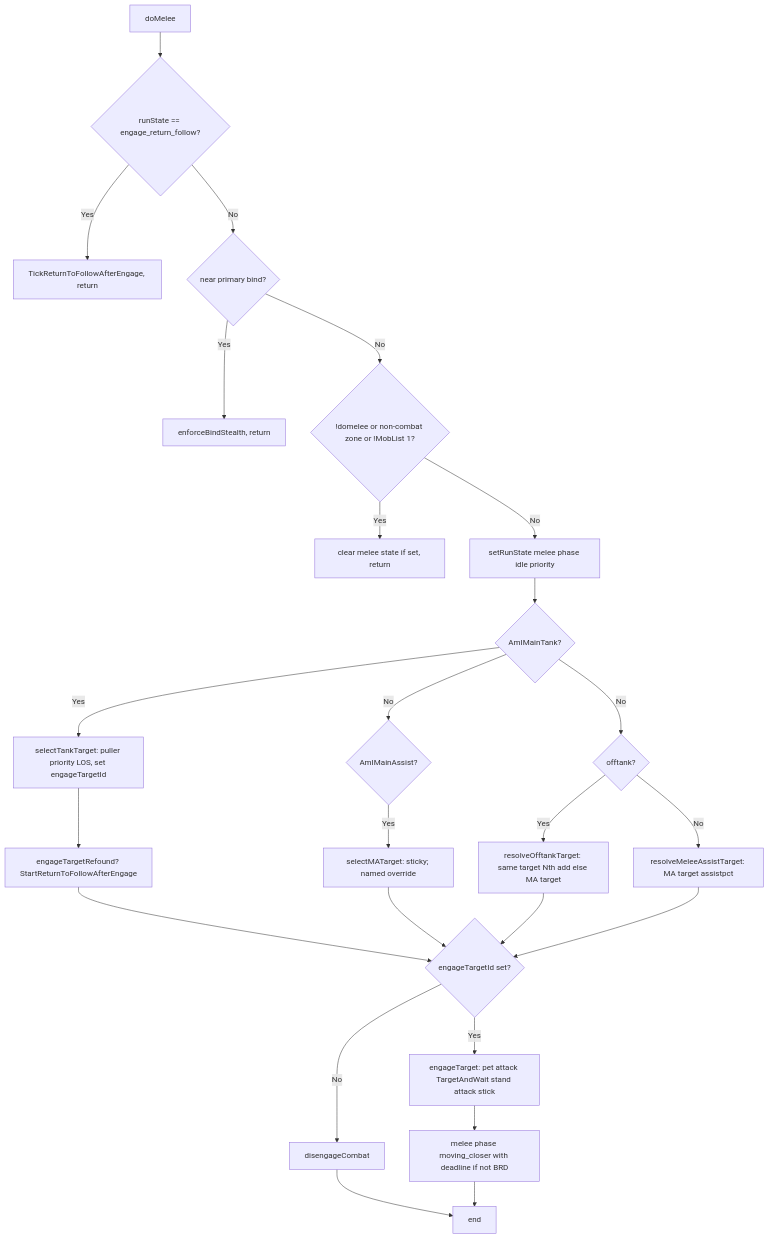
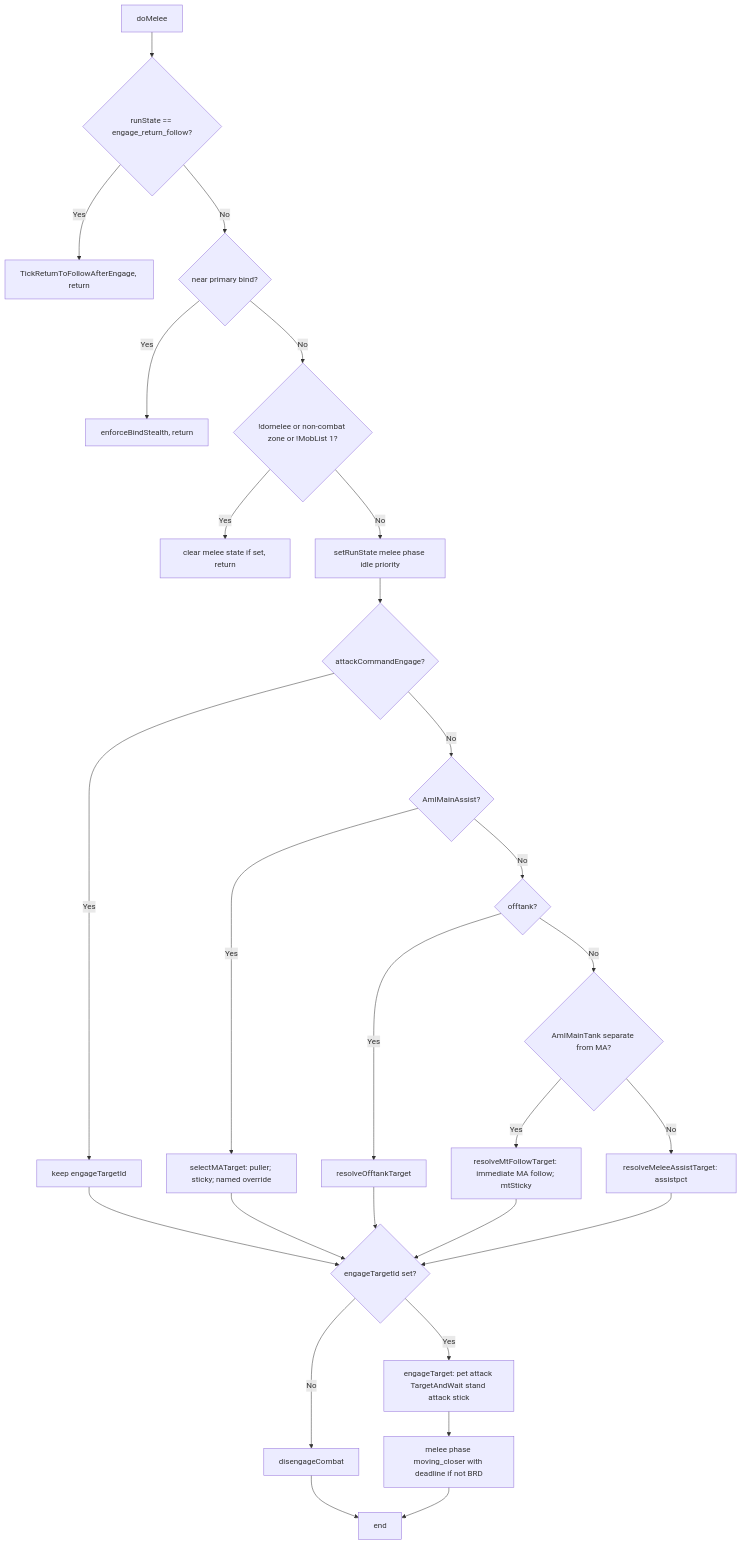
Before and after one commit to Cezero/czbot: the diagram in docs/botlogic/hook-domelee.md, drawn with Mermaid. The commit also changed other lines of this file and 20 other files, not shown here.

````diff
--- a/docs/botlogic/hook-domelee.md
+++ b/docs/botlogic/hook-domelee.md
@@ -10,28 +10,30 @@
 ```mermaid
 flowchart TB
     Start[doMelee] --> EngageReturn{runState == engage_return_follow?}
     EngageReturn -->|Yes| TickReturn[TickReturnToFollowAfterEngage, return]
     EngageReturn -->|No| Bind{near primary bind?}
     Bind -->|Yes| ClearBind[enforceBindStealth, return]
     Bind -->|No| Guards{!domelee or non-combat zone or !MobList 1?}
     Guards -->|Yes| ClearMelee[clear melee state if set, return]
     Guards -->|No| SetMelee[setRunState melee phase idle priority]
-    SetMelee --> Role{AmIMainTank?}
-    Role -->|Yes| MT[selectTankTarget: puller priority LOS, set engageTargetId]
-    MT --> StartReturn[engageTargetRefound? StartReturnToFollowAfterEngage]
-    Role -->|No| MA{AmIMainAssist?}
-    MA -->|Yes| MATarget[selectMATarget: sticky; named override]
-    Role -->|No| OT{offtank?}
-    OT -->|Yes| OTResolve[resolveOfftankTarget: same target Nth add else MA target]
-    OT -->|No| DPS[resolveMeleeAssistTarget: MA target assistpct]
-    StartReturn --> HasTarget
+    SetMelee --> AttackLock{attackCommandEngage?}
+    AttackLock -->|Yes| KeepEngage[keep engageTargetId]
+    AttackLock -->|No| MA{AmIMainAssist?}
+    MA -->|Yes| MATarget[selectMATarget: puller; sticky; named override]
+    MA -->|No| OT{offtank?}
+    OT -->|Yes| OTResolve[resolveOfftankTarget]
+    OT -->|No| MT{AmIMainTank separate from MA?}
+    MT -->|Yes| MTFollow[resolveMtFollowTarget: immediate MA follow; mtSticky]
+    MT -->|No| DPS[resolveMeleeAssistTarget: assistpct]
+    KeepEngage --> HasTarget
     MATarget --> HasTarget
     OTResolve --> HasTarget
+    MTFollow --> HasTarget
     DPS --> HasTarget
     HasTarget{engageTargetId set?}
     HasTarget -->|Yes| Engage[engageTarget: pet attack TargetAndWait stand attack stick]
     HasTarget -->|No| Disengage[disengageCombat]
     Engage --> MeleePhase[melee phase moving_closer with deadline if not BRD]
     Disengage --> End[end]
     MeleePhase --> End
 ```
````
